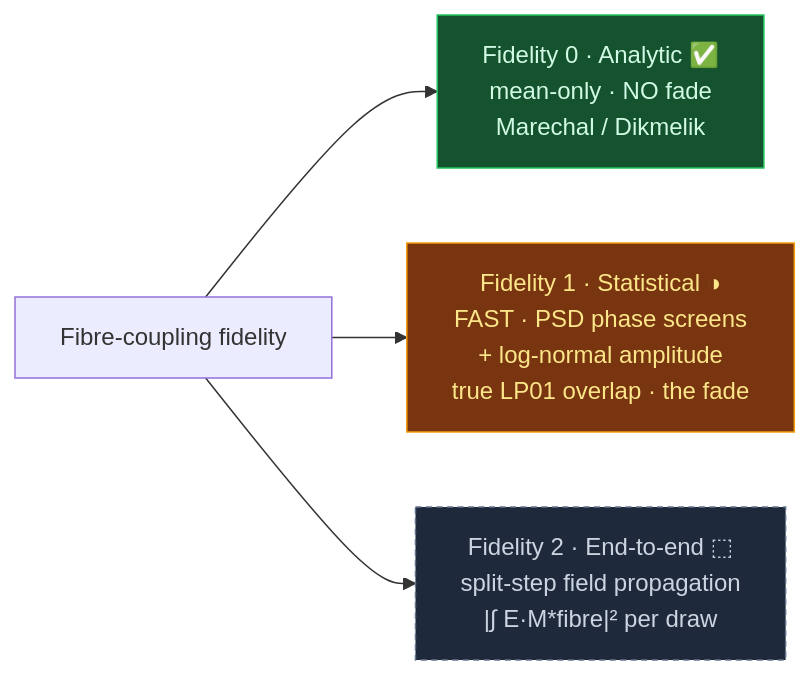
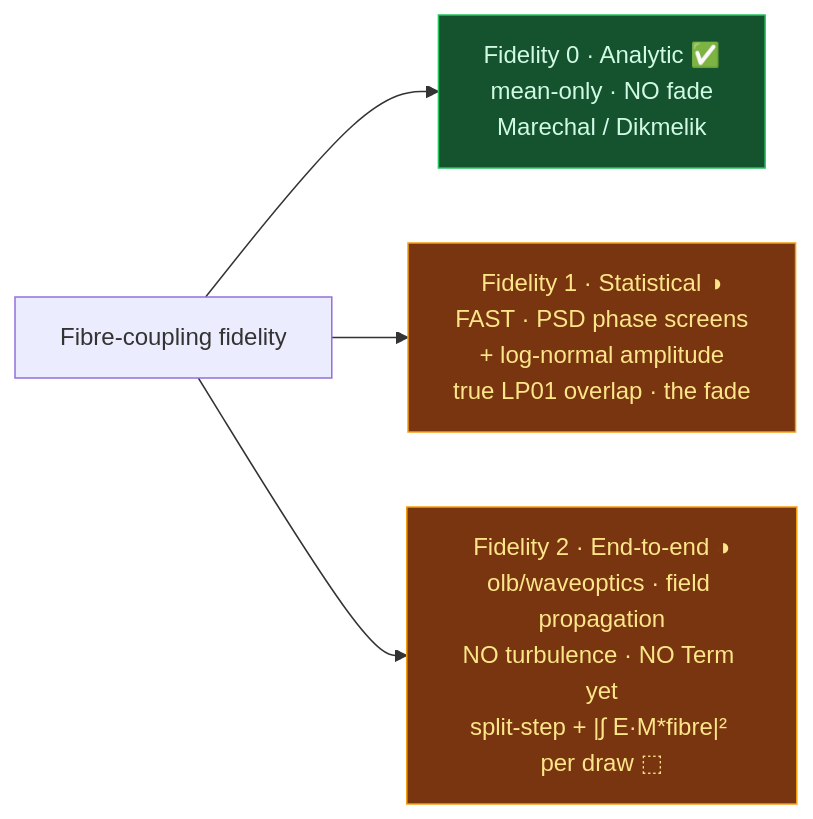
One commit to bigfraw/optical_link_budget changed the third of 4 diagrams in README.md. Above: the diagram before and after it, drawn with Mermaid. The commit also changed other lines of this file and 5 other files, not shown here.

````diff
--- a/README.md
+++ b/README.md
@@ -175,11 +181,11 @@
 ```mermaid
 flowchart LR
   FL["Fibre-coupling fidelity"]
   FL --> F0["Fidelity 0 · Analytic ✅<br/>mean-only · NO fade<br/>Marechal / Dikmelik"]:::done
   FL --> F1["Fidelity 1 · Statistical ◑<br/>FAST · PSD phase screens<br/>+ log-normal amplitude<br/>true LP01 overlap · the fade"]:::partial
-  FL --> F2["Fidelity 2 · End-to-end ⬚<br/>split-step field propagation<br/>|∫ E·M*fibre|² per draw"]:::planned
+  FL --> F2["Fidelity 2 · End-to-end ◑<br/>olb/waveoptics · field propagation<br/>NO turbulence · NO Term yet<br/>split-step + |∫ E·M*fibre|² per draw ⬚"]:::partial
 
   classDef done fill:#14532d,color:#d1fae5,stroke:#22c55e;
   classDef partial fill:#78350f,color:#fde68a,stroke:#f59e0b;
   classDef planned fill:#1e293b,color:#cbd5e1,stroke:#64748b,stroke-dasharray:4 3;
 ```
````
